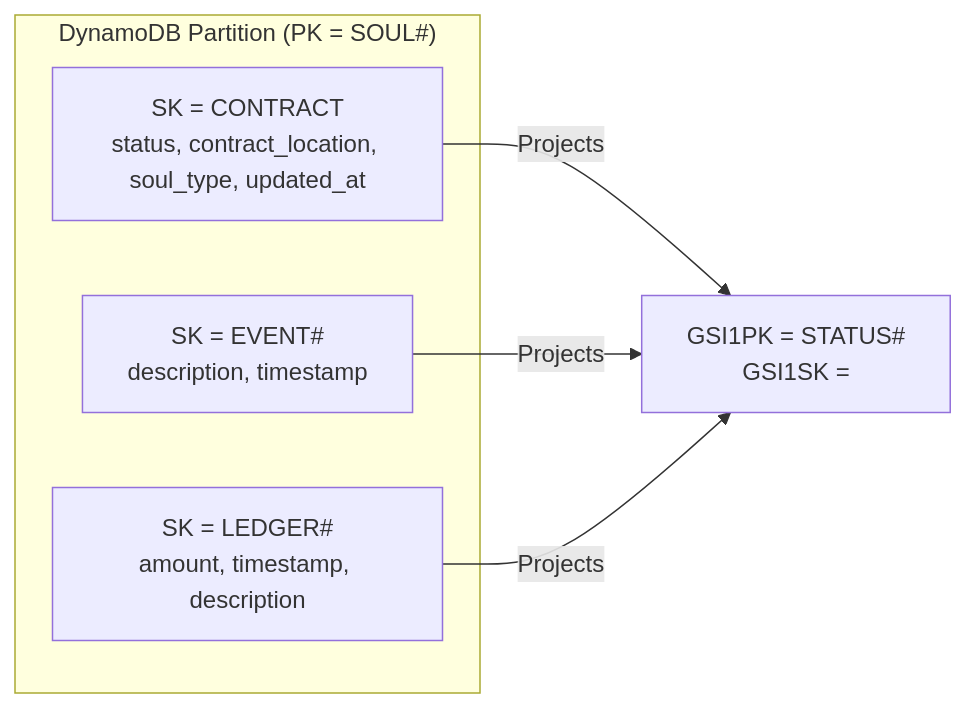
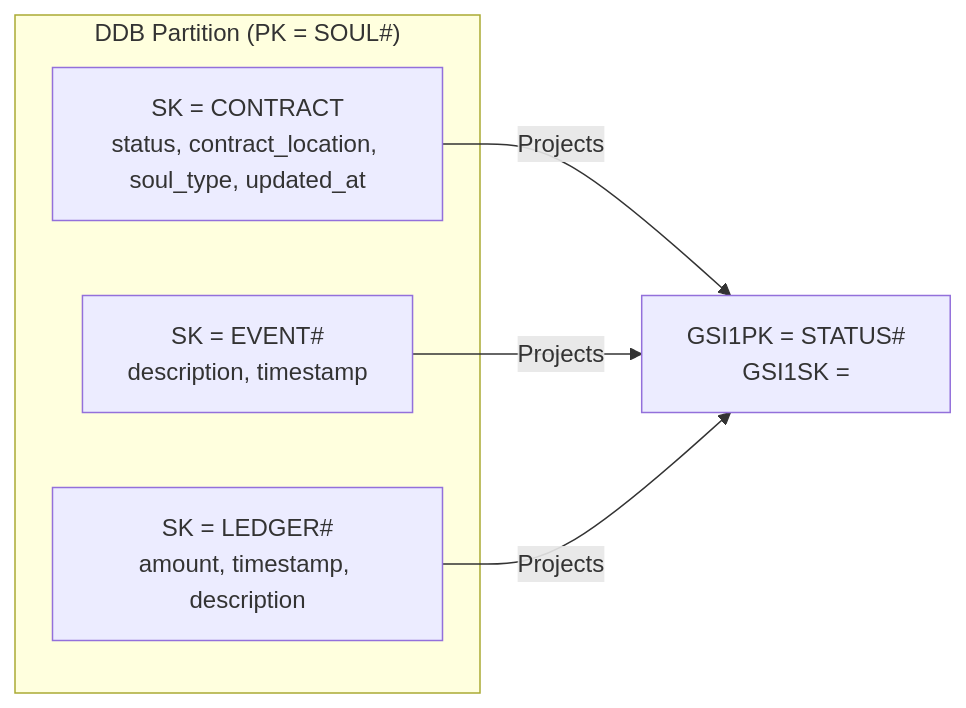
Before and after one commit to pchinjr/devil-you-nosql: the first of 4 diagrams in README.md, drawn with Mermaid. The commit also changed other lines of this file, not shown here.

Commit message:
updated diagrams

````diff
--- a/README.md
+++ b/README.md
@@ -30,12 +30,12 @@
 ```mermaid
 flowchart LR
-    subgraph Partition ["DynamoDB Partition (PK = SOUL#<soul_id>)"]
+    subgraph Partition ["DDB Partition (PK = SOUL#<soul_id>)"]
         Contract["SK = CONTRACT\nstatus, contract_location, soul_type, updated_at"]
         Events["SK = EVENT#<timestamp>\ndescription, timestamp"]
         Ledger["SK = LEDGER#<timestamp>\namount, timestamp, description"]
     end
 
     Contract -->|Projects| GSI["GSI1PK = STATUS#<status>\nGSI1SK = <timestamp>"]
     Events -->|Projects| GSI
     Ledger -->|Projects| GSI
 ```
````
